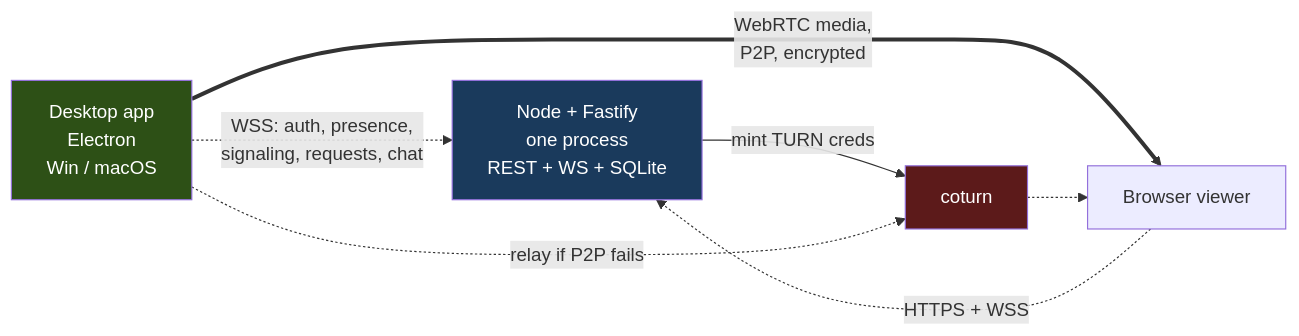
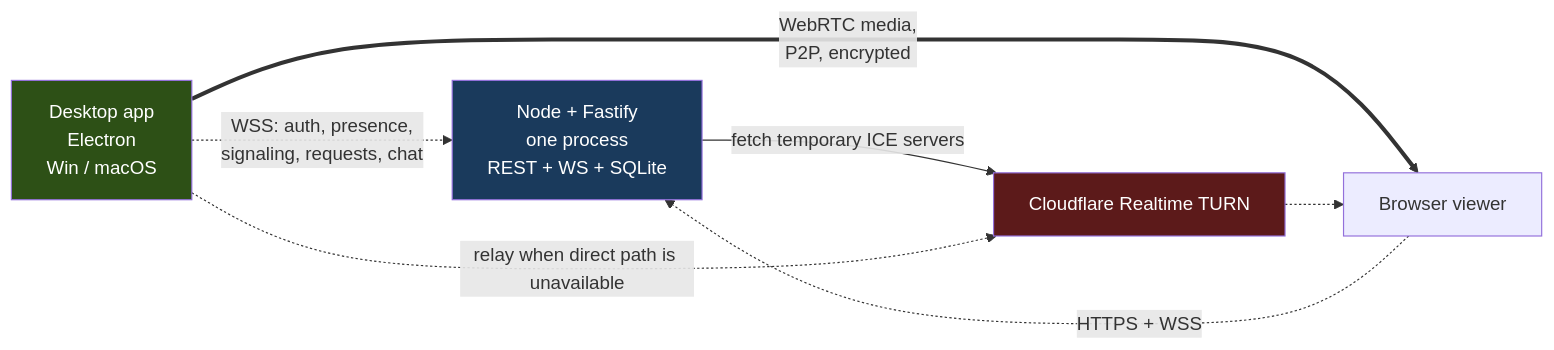
One commit to 0xyusufz/live-presence changed the first of 6 diagrams in docs/ARCHITECTURE.md. Above: the diagram before and after it, drawn with Mermaid. The commit also changed other lines of this file, not shown here.

Commit message:
Align architecture docs with Cloudflare TURN implementation

````diff
--- a/docs/ARCHITECTURE.md
+++ b/docs/ARCHITECTURE.md
@@ -9,13 +9,13 @@
 ```mermaid
 graph LR
     D["Desktop app<br/>Electron<br/>Win / macOS"] -.->|"WSS: auth, presence,<br/>signaling, requests, chat"| S
     V["Browser viewer"] -.->|"HTTPS + WSS"| S
     S["Node + Fastify<br/>one process<br/>REST + WS + SQLite"]
-    S -->|"mint TURN creds"| T["coturn"]
+    S -->|"fetch temporary ICE servers"| CF["Cloudflare Realtime TURN"]
     D ==>|"WebRTC media,<br/>P2P, encrypted"| V
-    D -.->|"relay if P2P fails"| T
-    T -.-> V
+    D -.->|"relay when direct path is unavailable"| CF
+    CF -.-> V
     style D fill:#2d5016,color:#fff
     style S fill:#1a3a5c,color:#fff
-    style T fill:#5c1a1a,color:#fff
+    style CF fill:#5c1a1a,color:#fff
 ```
````
